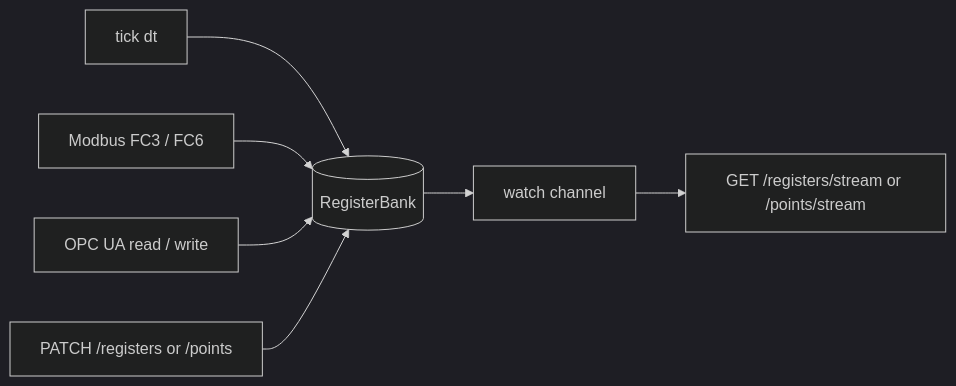
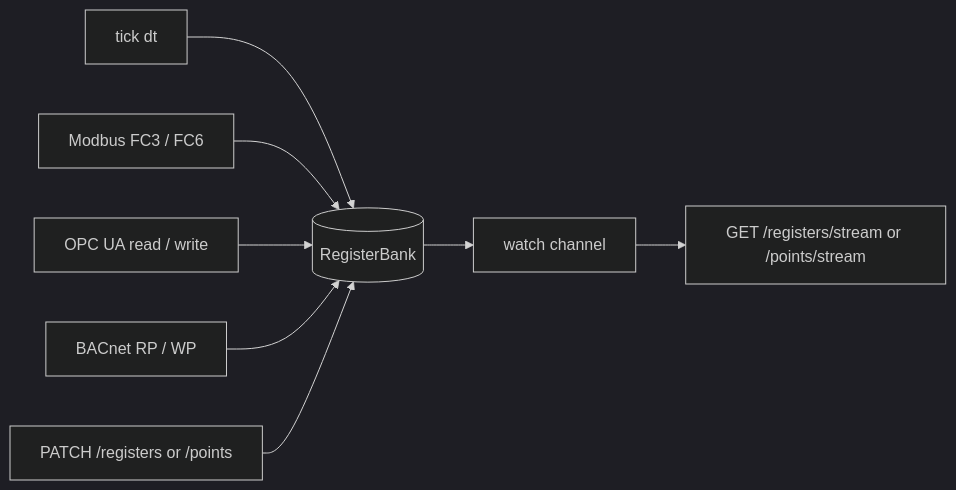
One commit to obsidia-systems/simbus changed the fifth of 7 diagrams in docs/architecture.md. Above: the diagram before and after it, drawn with Mermaid (dark theme). The commit also changed other lines of this file and 28 other files, not shown here.

````diff
--- a/docs/architecture.md
+++ b/docs/architecture.md
@@ -166,9 +177,10 @@
 ```mermaid
 flowchart LR
     tick[tick dt] --> bank[(RegisterBank)]
     mb[Modbus FC3 / FC6] --> bank
     ua[OPC UA read / write] --> bank
+    bn[BACnet RP / WP] --> bank
     patch[PATCH /registers or /points] --> bank
     bank --> sse[watch channel]
     sse --> stream["GET /registers/stream or /points/stream"]
 ```
````
